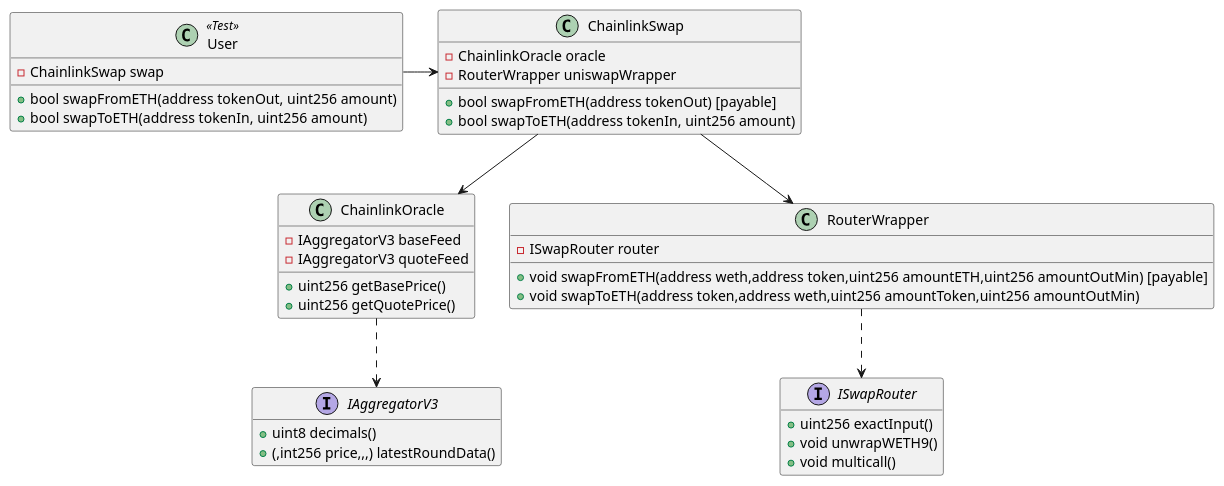
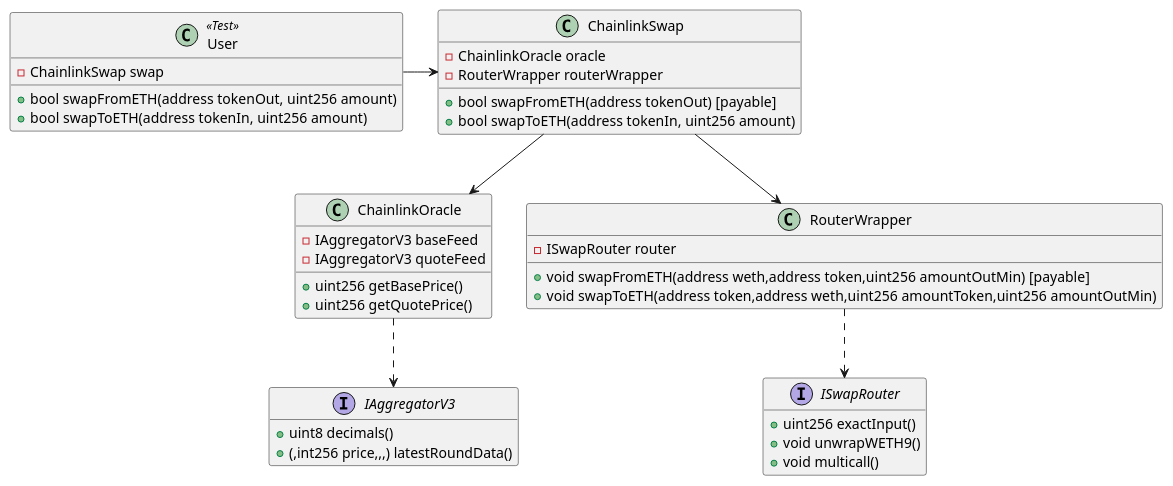
One commit to dimasriat/swap-test changed the diagram in diagram.puml. Above: the diagram before and after it, drawn with PlantUML. The commit also changed 1 other file, not shown here.

```diff
--- a/diagram.puml
+++ b/diagram.puml
@@ -1,52 +1,52 @@
 @startuml ChainlinkSwapUML
 
 class ChainlinkSwap {
 	- ChainlinkOracle oracle
-	- RouterWrapper uniswapWrapper
+	- RouterWrapper routerWrapper
 
 	+ bool swapFromETH(address tokenOut) [payable]
 	+ bool swapToETH(address tokenIn, uint256 amount)
 }
 
 class ChainlinkOracle {
 	- IAggregatorV3 baseFeed
 	- IAggregatorV3 quoteFeed
 
 	+ uint256 getBasePrice()
 	+ uint256 getQuotePrice()
 }
 
 class RouterWrapper {
 	- ISwapRouter router
 
-	+ void swapFromETH(address weth,address token,uint256 amountETH,uint256 amountOutMin) [payable]
+	+ void swapFromETH(address weth,address token,uint256 amountOutMin) [payable]
 	+ void swapToETH(address token,address weth,uint256 amountToken,uint256 amountOutMin)
 }
 
 interface ISwapRouter {
 	+ uint256 exactInput()
 	+ void unwrapWETH9()
 	+ void multicall()
 }
 hide ISwapRouter attributes
 
 interface IAggregatorV3 {
 	+ uint8 decimals()
 	+ (,int256 price,,,) latestRoundData()
 }
 hide IAggregatorV3 attributes
 
 ChainlinkSwap --> ChainlinkOracle
 ChainlinkSwap --> RouterWrapper
 RouterWrapper ..> ISwapRouter
 ChainlinkOracle ..> IAggregatorV3
 
 class User << Test >> {
 	- ChainlinkSwap swap
 	
 	+ bool swapFromETH(address tokenOut, uint256 amount)
 	+ bool swapToETH(address tokenIn, uint256 amount)
 }
 User -> ChainlinkSwap
 
 @enduml
```
